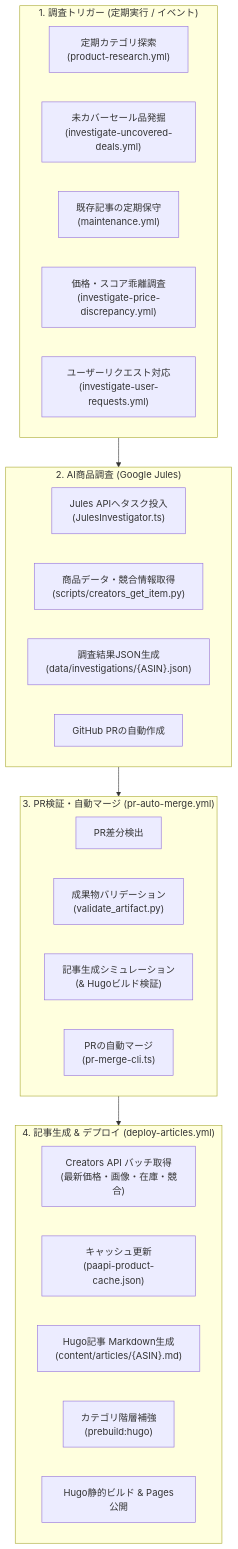
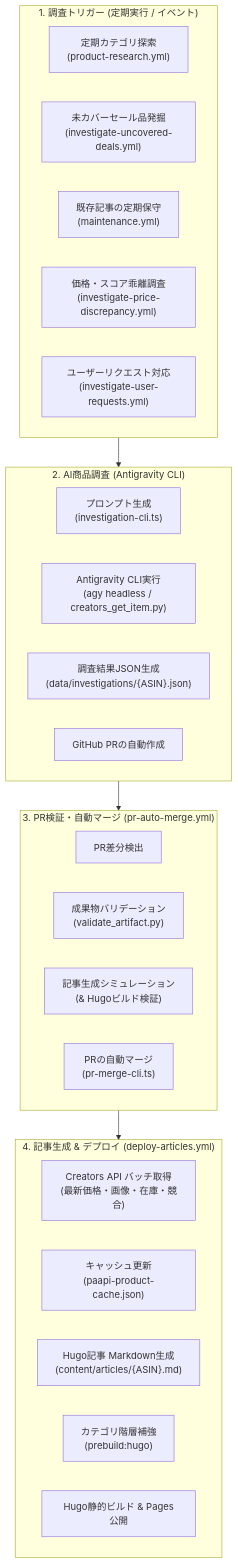
The diagram in docs/article-automation-system.md (aegisfleet/amazon-product-article), drawn with Mermaid before and after one commit. The commit also changed other lines of this file and 9 other files, not shown here.

````diff
--- a/docs/article-automation-system.md
+++ b/docs/article-automation-system.md
@@ -13,36 +13,36 @@
 ```mermaid
 flowchart TD
     subgraph Triggers["1. 調査トリガー (定期実行 / イベント)"]
         T1["定期カテゴリ探索<br>(product-research.yml)"]
         T2["未カバーセール品発掘<br>(investigate-uncovered-deals.yml)"]
         T3["既存記事の定期保守<br>(maintenance.yml)"]
         T4["価格・スコア乖離調査<br>(investigate-price-discrepancy.yml)"]
         T5["ユーザーリクエスト対応<br>(investigate-user-requests.yml)"]
     end
 
-    subgraph Investigation["2. AI商品調査 (Google Jules)"]
-        J1["Jules APIへタスク投入<br>(JulesInvestigator.ts)"]
-        J2["商品データ・競合情報取得<br>(scripts/creators_get_item.py)"]
+    subgraph Investigation["2. AI商品調査 (Antigravity CLI)"]
+        J1["プロンプト生成<br>(investigation-cli.ts)"]
+        J2["Antigravity CLI実行<br>(agy headless / creators_get_item.py)"]
         J3["調査結果JSON生成<br>(data/investigations/{ASIN}.json)"]
         J4["GitHub PRの自動作成"]
     end
 
     subgraph AutoMerge["3. PR検証・自動マージ (pr-auto-merge.yml)"]
         M1["PR差分検出"]
         M2["成果物バリデーション<br>(validate_artifact.py)"]
         M3["記事生成シミュレーション<br>(& Hugoビルド検証)"]
         M4["PRの自動マージ<br>(pr-merge-cli.ts)"]
     end
 
     subgraph Deploy["4. 記事生成 & デプロイ (deploy-articles.yml)"]
         D1["Creators API バッチ取得<br>(最新価格・画像・在庫・競合)"]
         D2["キャッシュ更新<br>(paapi-product-cache.json)"]
         D3["Hugo記事 Markdown生成<br>(content/articles/{ASIN}.md)"]
         D4["カテゴリ階層補強<br>(prebuild:hugo)"]
         D5["Hugo静的ビルド & Pages公開"]
     end
 
     Triggers --> Investigation
     Investigation --> AutoMerge
     AutoMerge --> Deploy
 ```
````
